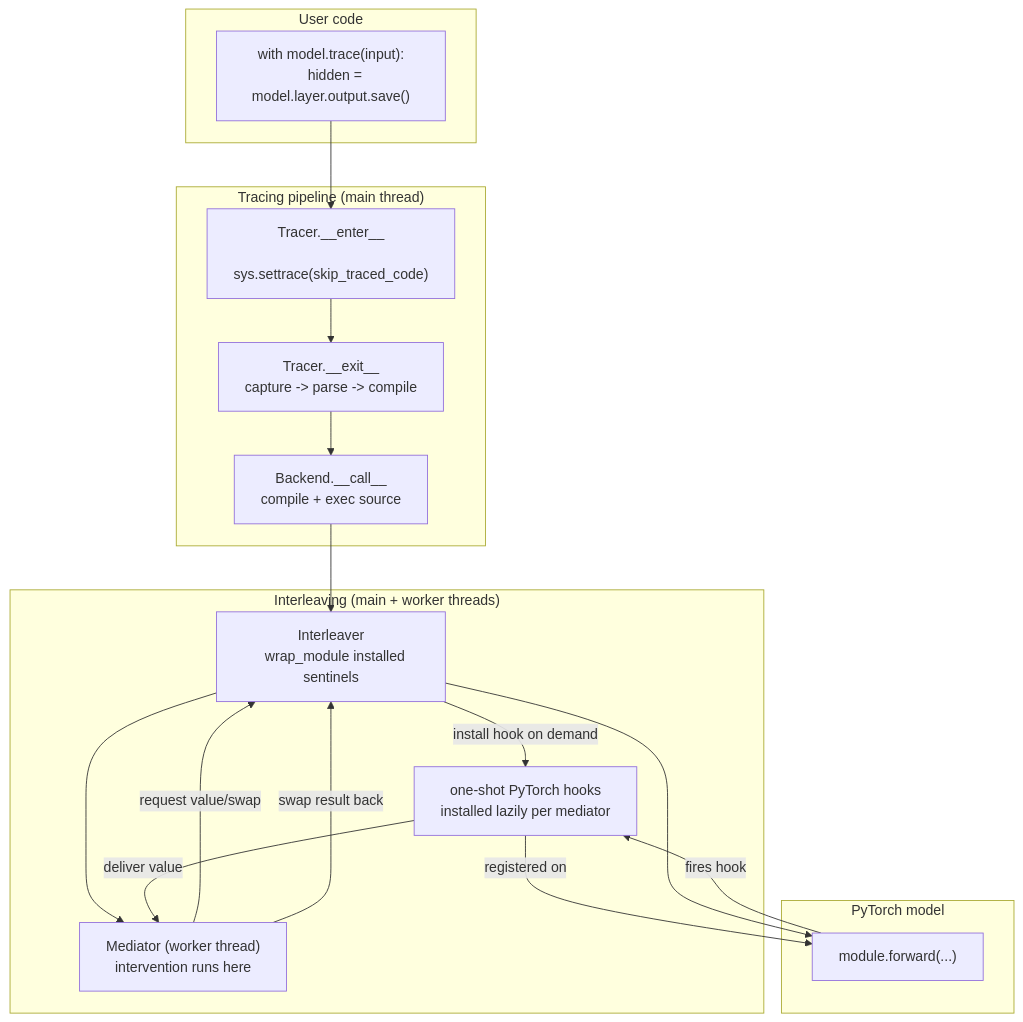
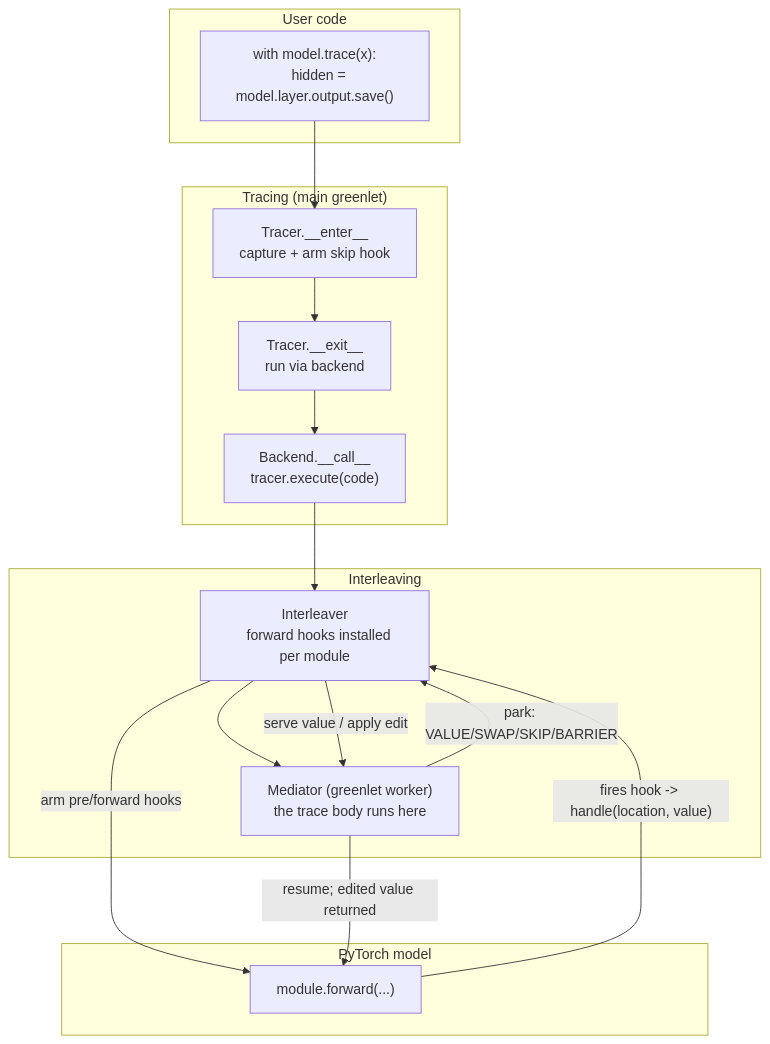
Before and after one commit to ndif-team/nnsight: the diagram in docs/developing/architecture-overview.md, drawn with Mermaid. The commit also changed other lines of this file and 387 other files, not shown here.

````diff
--- a/docs/developing/architecture-overview.md
+++ b/docs/developing/architecture-overview.md
@@ -26,38 +30,35 @@
 ```mermaid
 flowchart TB
   subgraph User["User code"]
-    U["with model.trace(input):
+    U["with model.trace(x):
    hidden = model.layer.output.save()"]
   end
 
-  subgraph Tracing["Tracing pipeline (main thread)"]
+  subgraph Tracing["Tracing (main greenlet)"]
     T1["Tracer.__enter__
-   sys.settrace(skip_traced_code)"]
+   capture + arm skip hook"]
     T2["Tracer.__exit__
-   capture -> parse -> compile"]
+   run via backend"]
     T3["Backend.__call__
-   compile + exec source"]
+   tracer.execute(code)"]
   end
 
-  subgraph Interleaving["Interleaving (main + worker threads)"]
+  subgraph Interleaving["Interleaving"]
     I1["Interleaver
-   wrap_module installed sentinels"]
-    M1["Mediator (worker thread)
-   intervention runs here"]
-    H1["one-shot PyTorch hooks
-   installed lazily per mediator"]
+   forward hooks installed per module"]
+    M1["Mediator (greenlet worker)
+   the trace body runs here"]
   end
 
   subgraph Model["PyTorch model"]
     F["module.forward(...)"]
   end
 
   U --> T1 --> T2 --> T3 --> I1
   I1 --> M1
-  M1 -- "request value/swap" --> I1
-  I1 -- "install hook on demand" --> H1
-  H1 -- "registered on" --> F
-  F -- "fires hook" --> H1
-  H1 -- "deliver value" --> M1
-  M1 -- "swap result back" --> I1 --> F
+  M1 -- "park: VALUE/SWAP/SKIP/BARRIER" --> I1
+  I1 -- "arm pre/forward hooks" --> F
+  F -- "fires hook -> handle(location, value)" --> I1
+  I1 -- "serve value / apply edit" --> M1
+  M1 -- "resume; edited value returned" --> F
 ```
````
